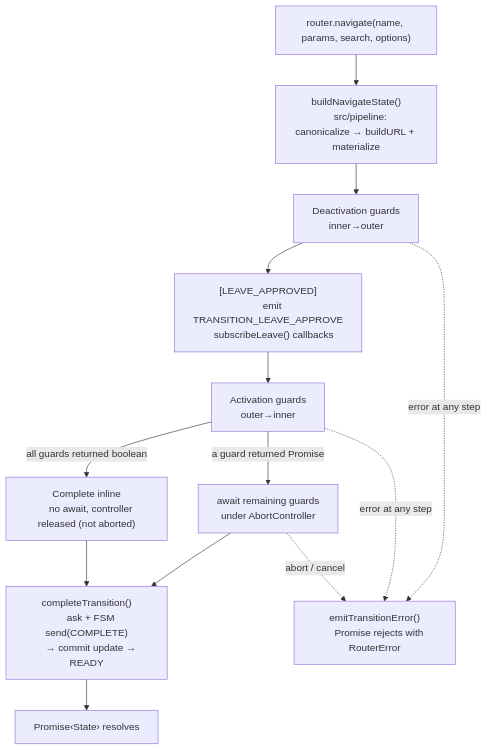
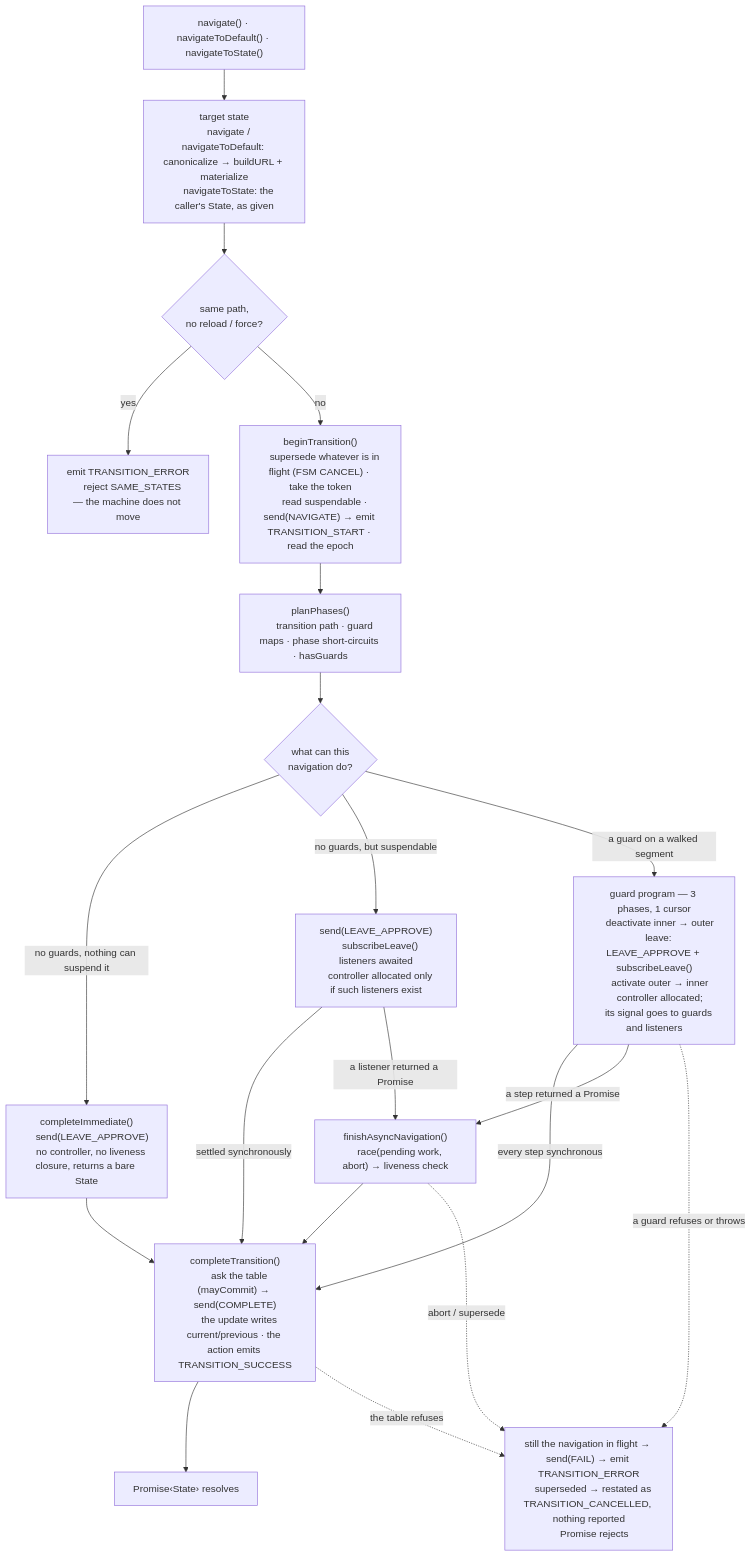
One commit to greydragon888/real-router changed the third of 3 diagrams in ARCHITECTURE.md. Above: the diagram before and after it, drawn with Mermaid. The commit also changed other lines of this file, not shown here.

First paragraph of the commit message:
docs: the Navigation Pipeline section describes the pipeline that ships
The section still drew the pre-разрез-А shape: one linear arc through the
guards, a commit asked once, and a failure path that emits directly. All three
are wrong about the code.

````diff
--- a/ARCHITECTURE.md
+++ b/ARCHITECTURE.md
@@ -347,36 +358,60 @@
 ```mermaid
 flowchart TD
-    NAV["router.navigate(name, params, search, options)"] --> BUILD
-    BUILD["buildNavigateState()
-    src/pipeline: canonicalize → buildURL + materialize"] --> DEACTIVATE
-    DEACTIVATE["Deactivation guards
-    inner→outer"]
+    ENTRY["navigate() · navigateToDefault() · navigateToState()"] --> BUILD
 
-    DEACTIVATE --> LEAVE["[LEAVE_APPROVED]
-    emit TRANSITION_LEAVE_APPROVE
-    subscribeLeave() callbacks"]
+    BUILD["target state
+    navigate / navigateToDefault: canonicalize → buildURL + materialize
+    navigateToState: the caller's State, as given"] --> SAME
 
-    LEAVE --> ACTIVATE["Activation guards
-    outer→inner"]
+    SAME{"same path,
+    no reload / force?"}
+    SAME -->|yes| SAMEERR["emit TRANSITION_ERROR
+    reject SAME_STATES — the machine does not move"]
 
-    ACTIVATE -->|all guards returned boolean| SYNC
-    ACTIVATE -->|a guard returned Promise| ASYNC
+    SAME -->|no| BEGIN["beginTransition()
+    supersede whatever is in flight (FSM CANCEL) · take the token
+    read suspendable · send(NAVIGATE) → emit TRANSITION_START · read the epoch"]
 
-    SYNC["Complete inline
-    no await, controller released (not aborted)"]
-    ASYNC["await remaining guards
-    under AbortController"]
+    BEGIN --> PLAN["planPhases()
+    transition path · guard maps · phase short-circuits · hasGuards"]
 
-    SYNC --> COMPLETE
-    ASYNC --> COMPLETE
+    PLAN --> ARC{"what can this
+    navigation do?"}
+
+    ARC -->|"no guards, nothing can suspend it"| IMMEDIATE["completeImmediate()
+    send(LEAVE_APPROVE)
+    no controller, no liveness closure, returns a bare State"]
+
+    ARC -->|"no guards, but suspendable"| LEAVE["send(LEAVE_APPROVE)
+    subscribeLeave() listeners awaited
+    controller allocated only if such listeners exist"]
+
+    ARC -->|"a guard on a walked segment"| GUARDS["guard program — 3 phases, 1 cursor
+    deactivate inner → outer
+    leave: LEAVE_APPROVE + subscribeLeave()
+    activate outer → inner
+    controller allocated;
+    its signal goes to guards and listeners"]
+
+    IMMEDIATE --> COMPLETE
+    LEAVE -->|"settled synchronously"| COMPLETE
+    GUARDS -->|"every step synchronous"| COMPLETE
+    LEAVE -->|"a listener returned a Promise"| ASYNC
+    GUARDS -->|"a step returned a Promise"| ASYNC
+
+    ASYNC["finishAsyncNavigation()
+    race(pending work, abort) → liveness check"] --> COMPLETE
 
     COMPLETE["completeTransition()
-    ask + FSM send(COMPLETE)
-    → commit update → READY"]
+    ask the table (mayCommit) → send(COMPLETE)
+    the update writes current/previous · the action emits TRANSITION_SUCCESS"]
     COMPLETE --> RESOLVE["Promise‹State› resolves"]
 
-    DEACTIVATE -.->|error at any step| ERR["emitTransitionError()
-    Promise rejects with RouterError"]
-    ACTIVATE -.->|error at any step| ERR
-    ASYNC -.->|abort / cancel| ERR
+    GUARDS -.->|"a guard refuses or throws"| ERR
+    ASYNC -.->|"abort / supersede"| ERR
+    COMPLETE -.->|"the table refuses"| ERR
+
+    ERR["still the navigation in flight → send(FAIL) → emit TRANSITION_ERROR
+    superseded → restated as TRANSITION_CANCELLED, nothing reported
+    Promise rejects"]
 ```
````
